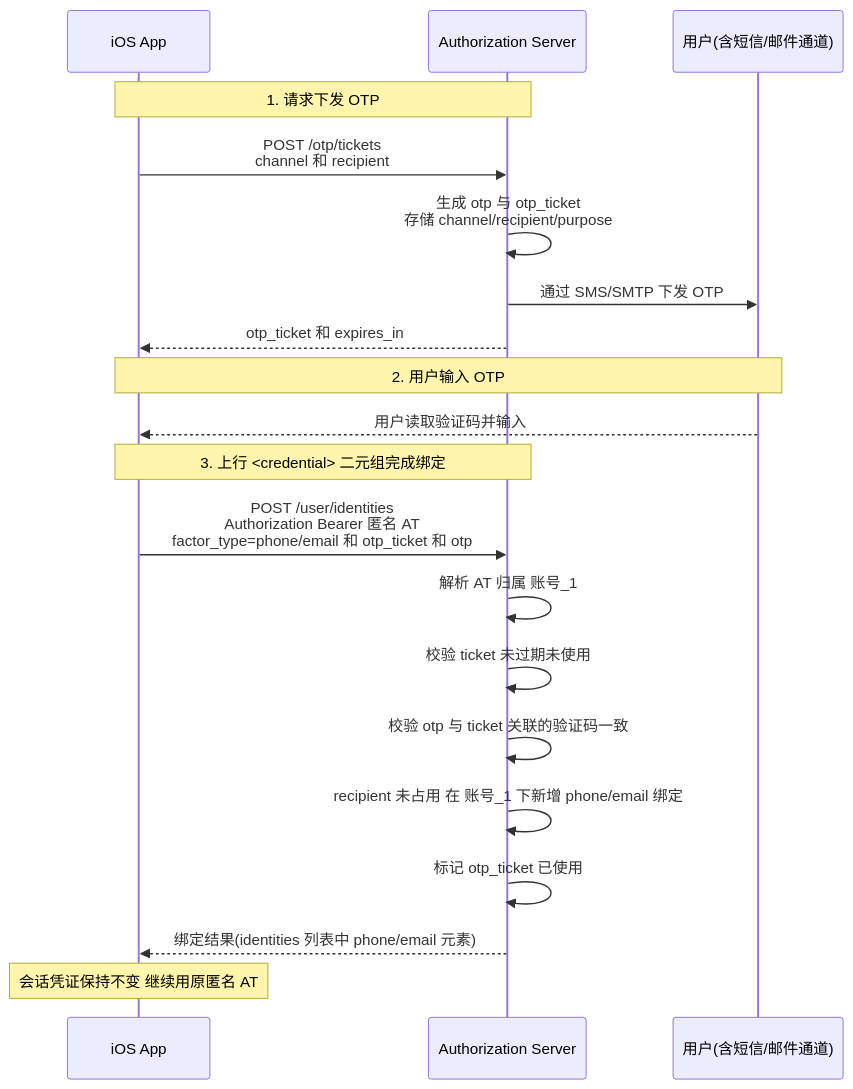
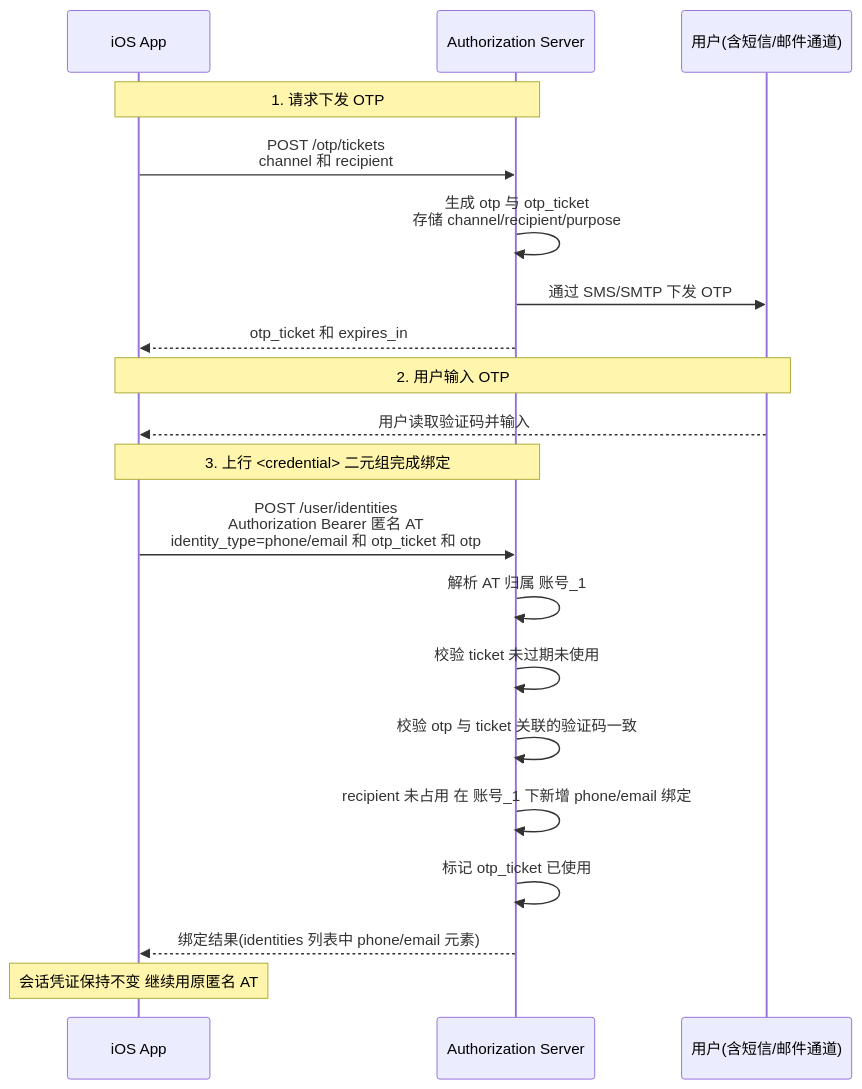
Before and after one commit to euler-projects/demo: the first of 2 diagrams in user-center/doc/apis/zh-cn/App-Attest-Login-#-OTP.md, drawn with Mermaid. The commit also changed other lines of this file and 18 other files, not shown here.

````diff
--- a/user-center/doc/apis/zh-cn/App-Attest-Login-#-OTP.md
+++ b/user-center/doc/apis/zh-cn/App-Attest-Login-#-OTP.md
@@ -80,25 +80,25 @@
 ```mermaid
 sequenceDiagram
     participant App as iOS App
     participant Server as Authorization Server
     participant User as 用户(含短信/邮件通道)
 
     Note over App,Server: 1. 请求下发 OTP
     App->>Server: POST /otp/tickets<br/>channel 和 recipient
     Server->>Server: 生成 otp 与 otp_ticket<br/>存储 channel/recipient/purpose
     Server->>User: 通过 SMS/SMTP 下发 OTP
     Server-->>App: otp_ticket 和 expires_in
 
     Note over App,User: 2. 用户输入 OTP
     User-->>App: 用户读取验证码并输入
 
     Note over App,Server: 3. 上行 <credential> 二元组完成绑定
-    App->>Server: POST /user/identities<br/>Authorization Bearer 匿名 AT<br/>factor_type=phone/email 和 otp_ticket 和 otp
+    App->>Server: POST /user/identities<br/>Authorization Bearer 匿名 AT<br/>identity_type=phone/email 和 otp_ticket 和 otp
     Server->>Server: 解析 AT 归属 账号_1
     Server->>Server: 校验 ticket 未过期未使用
     Server->>Server: 校验 otp 与 ticket 关联的验证码一致
     Server->>Server: recipient 未占用 在 账号_1 下新增 phone/email 绑定
     Server->>Server: 标记 otp_ticket 已使用
     Server-->>App: 绑定结果(identities 列表中 phone/email 元素)
     Note over App: 会话凭证保持不变 继续用原匿名 AT
 ```
````
